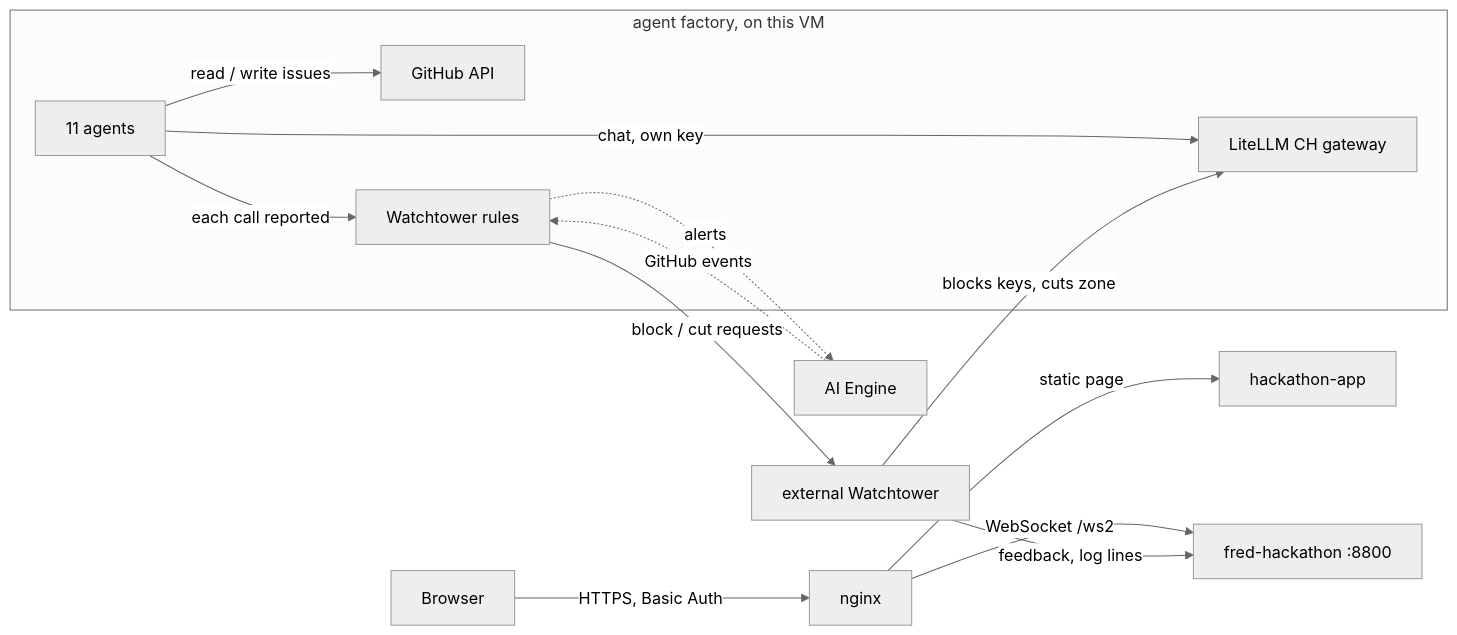
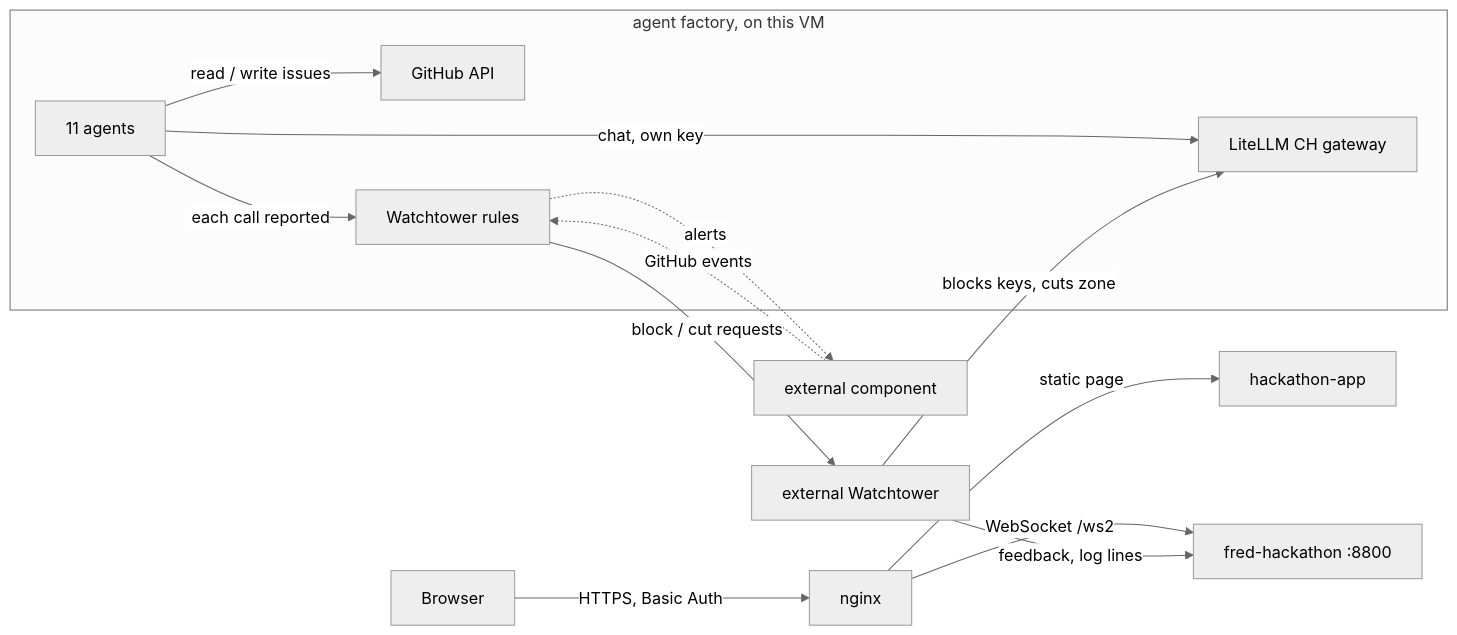
One commit to equinix-svc/svc-app-watchtower changed the diagram in README.md. Above: the diagram before and after it, drawn with Mermaid (neutral theme). The commit also changed other lines of this file and 8 other files, not shown here.

First line of the commit message:
chore: remove the AI Engine template, the external component does it

````diff
--- a/README.md
+++ b/README.md
@@ -96,16 +96,16 @@
 ```mermaid
 flowchart LR
   B[Browser] -->|HTTPS, Basic Auth| N[nginx]
   N -->|static page| F[hackathon-app]
   N -->|WebSocket /ws2| S[fred-hackathon :8800]
   subgraph FACTORY[agent factory, on this VM]
     A[11 agents] -->|chat, own key| L[LiteLLM CH gateway]
     A -->|read / write issues| GH[GitHub API]
     A -->|each call reported| W[Watchtower rules]
   end
-  AE[AI Engine] -.->|GitHub events| W
-  W -.->|alerts| AE
+  GE[external component] -.->|GitHub events| W
+  W -.->|alerts| GE
   W -->|block / cut requests| X[external Watchtower]
   X -->|blocks keys, cuts zone| L
   X -->|feedback, log lines| S
 ```
````
